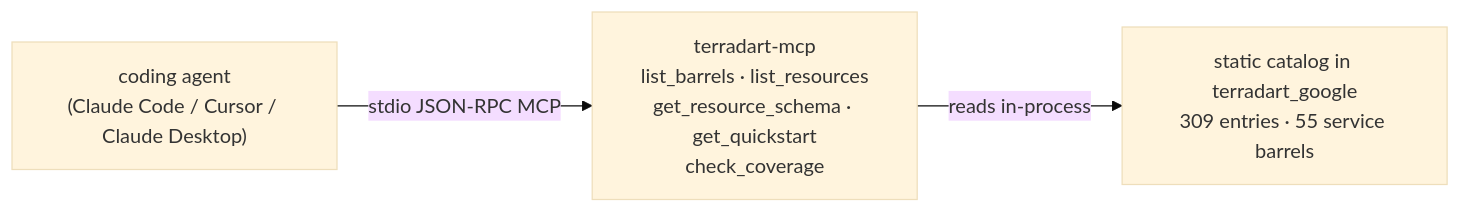
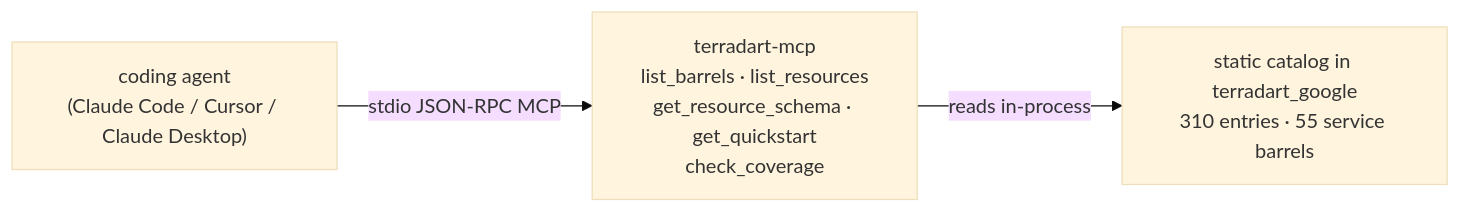
The diagram in website/src/content/docs/docs/agent/index.md (nozomi-koborinai/terradart), drawn with Mermaid (base theme) before and after one commit. The commit also changed other lines of this file and 15 other files, not shown here.

````diff
--- a/website/src/content/docs/docs/agent/index.md
+++ b/website/src/content/docs/docs/agent/index.md
@@ -12,8 +12,8 @@
 ```mermaid
 graph LR
   agent["coding agent<br/>(Claude Code / Cursor / Claude Desktop)"]
   mcp["terradart-mcp<br/>list_barrels · list_resources<br/>get_resource_schema · get_quickstart<br/>check_coverage"]
-  catalog["static catalog in terradart_google<br/>309 entries · 55 service barrels"]
+  catalog["static catalog in terradart_google<br/>310 entries · 55 service barrels"]
   agent -->|stdio JSON-RPC MCP| mcp
   mcp -->|reads in-process| catalog
 ```
````
